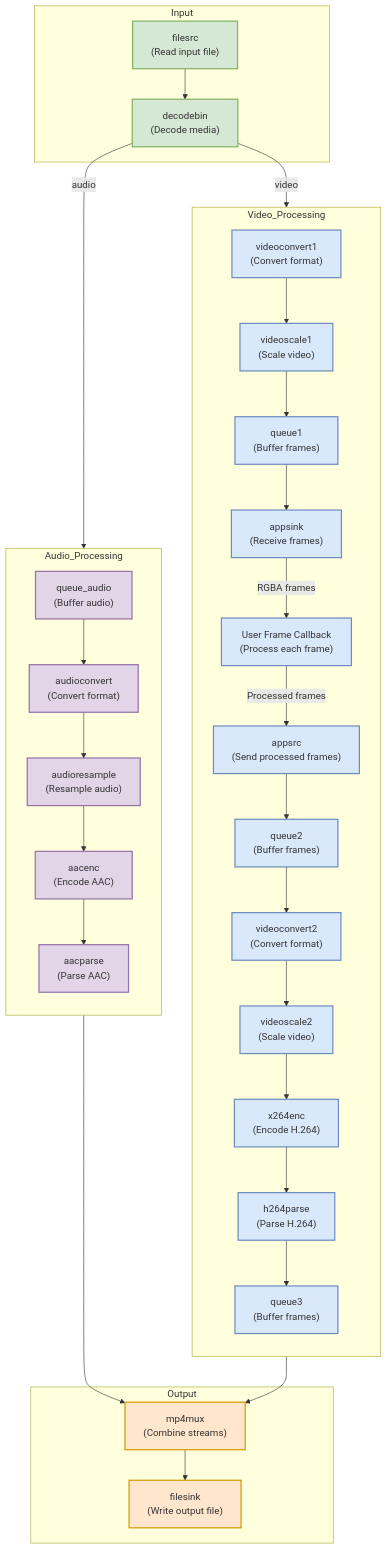
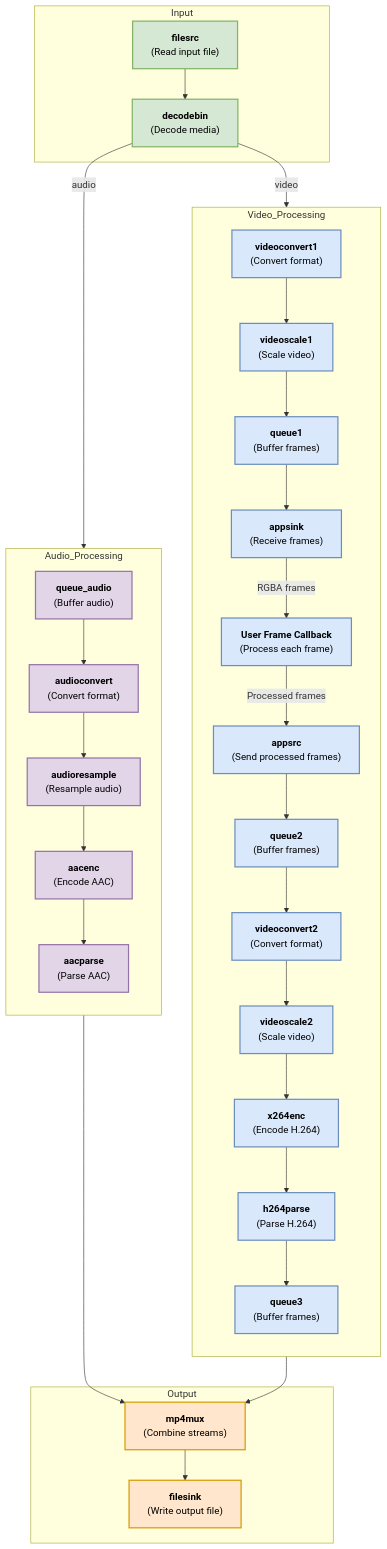
One commit to altunenes/scramblery changed the diagram in video-processor/PIPELINE.md. Above: the diagram before and after it, drawn with Mermaid.

Commit message:
Gstreamer pipeline diagram

````diff
--- a/video-processor/PIPELINE.md
+++ b/video-processor/PIPELINE.md
@@ -1,80 +1,80 @@
 ```mermaid
 flowchart TB
     subgraph Input
-        filesrc["filesrc\n(Read input file)"]
-        decodebin["decodebin\n(Decode media)"]
+        filesrc["<b>filesrc</b>\n(Read input file)"]
+        decodebin["<b>decodebin</b>\n(Decode media)"]
     end
 
     subgraph Video_Processing
         direction TB
-        videoconvert1["videoconvert1\n(Convert format)"]
-        videoscale1["videoscale1\n(Scale video)"]
-        queue1["queue1\n(Buffer frames)"]
-        appsink["appsink\n(Receive frames)"]
+        videoconvert1["<b>videoconvert1</b>\n(Convert format)"]
+        videoscale1["<b>videoscale1</b>\n(Scale video)"]
+        queue1["<b>queue1</b>\n(Buffer frames)"]
+        appsink["<b>appsink</b>\n(Receive frames)"]
         
-        callback["User Frame Callback\n(Process each frame)"]
+        callback["<b>User Frame Callback</b>\n(Process each frame)"]
         
-        appsrc["appsrc\n(Send processed frames)"]
-        queue2["queue2\n(Buffer frames)"]
-        videoconvert2["videoconvert2\n(Convert format)"]
-        videoscale2["videoscale2\n(Scale video)"]
-        x264enc["x264enc\n(Encode H.264)"]
-        h264parse["h264parse\n(Parse H.264)"]
-        queue3["queue3\n(Buffer frames)"]
+        appsrc["<b>appsrc</b>\n(Send processed frames)"]
+        queue2["<b>queue2</b>\n(Buffer frames)"]
+        videoconvert2["<b>videoconvert2</b>\n(Convert format)"]
+        videoscale2["<b>videoscale2</b>\n(Scale video)"]
+        x264enc["<b>x264enc</b>\n(Encode H.264)"]
+        h264parse["<b>h264parse</b>\n(Parse H.264)"]
+        queue3["<b>queue3</b>\n(Buffer frames)"]
     end
 
     subgraph Audio_Processing
         direction TB
-        queue_audio["queue_audio\n(Buffer audio)"]
-        audioconvert["audioconvert\n(Convert format)"]
-        audioresample["audioresample\n(Resample audio)"]
-        aacenc["aacenc\n(Encode AAC)"]
-        aacparse["aacparse\n(Parse AAC)"]
+        queue_audio["<b>queue_audio</b>\n(Buffer audio)"]
+        audioconvert["<b>audioconvert</b>\n(Convert format)"]
+        audioresample["<b>audioresample</b>\n(Resample audio)"]
+        aacenc["<b>aacenc</b>\n(Encode AAC)"]
+        aacparse["<b>aacparse</b>\n(Parse AAC)"]
     end
 
     subgraph Output
-        muxer["mp4mux\n(Combine streams)"]
-        filesink["filesink\n(Write output file)"]
+        muxer["<b>mp4mux</b>\n(Combine streams)"]
+        filesink["<b>filesink</b>\n(Write output file)"]
     end
 
     %% Connections
     filesrc --> decodebin
     
     %% Video path
     decodebin -->|"video"| videoconvert1
     videoconvert1 --> videoscale1
     videoscale1 --> queue1
     queue1 --> appsink
     appsink -->|"RGBA frames"| callback
     callback -->|"Processed frames"| appsrc
     appsrc --> queue2
     queue2 --> videoconvert2
     videoconvert2 --> videoscale2
     videoscale2 --> x264enc
     x264enc --> h264parse
     h264parse --> queue3
     queue3 --> muxer
     
     %% Audio path
     decodebin -->|"audio"| queue_audio
     queue_audio --> audioconvert
     audioconvert --> audioresample
     audioresample --> aacenc
     aacenc --> aacparse
     aacparse --> muxer
     
     %% Output
     muxer --> filesink
 
     %% Styles
     classDef default fill:#f9f9f9,stroke:#333,stroke-width:2px;
-    classDef input fill:#d5e8d4,stroke:#82b366;
-    classDef process fill:#dae8fc,stroke:#6c8ebf;
-    classDef output fill:#ffe6cc,stroke:#d79b00;
-    classDef audio fill:#e1d5e7,stroke:#9673a6;
+    classDef input fill:#d5e8d4,stroke:#82b366,color:#000;
+    classDef process fill:#dae8fc,stroke:#6c8ebf,color:#000;
+    classDef output fill:#ffe6cc,stroke:#d79b00,color:#000;
+    classDef audio fill:#e1d5e7,stroke:#9673a6,color:#000;
     
     class filesrc,decodebin input;
     class videoconvert1,videoscale1,queue1,appsink,callback,appsrc,queue2,videoconvert2,videoscale2,x264enc,h264parse,queue3 process;
     class queue_audio,audioconvert,audioresample,aacenc,aacparse audio;
     class muxer,filesink output;
 ```
````
